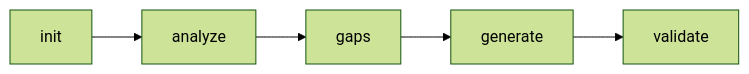
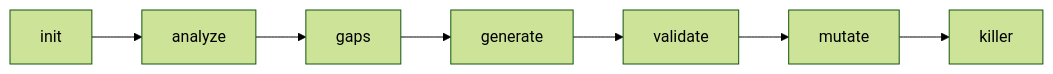
Before and after one commit to axtion-io/TestBoost: the diagram in docs/workflow.md, drawn with Mermaid (forest theme). The commit also changed other lines of this file and 24 other files, not shown here.

````diff
--- a/docs/workflow.md
+++ b/docs/workflow.md
@@ -5,7 +5,9 @@
 ```mermaid
 graph LR
     A[init] --> B[analyze]
     B --> C[gaps]
     C --> D[generate]
     D --> E[validate]
+    E --> F[mutate]
+    F --> G[killer]
 ```
````
